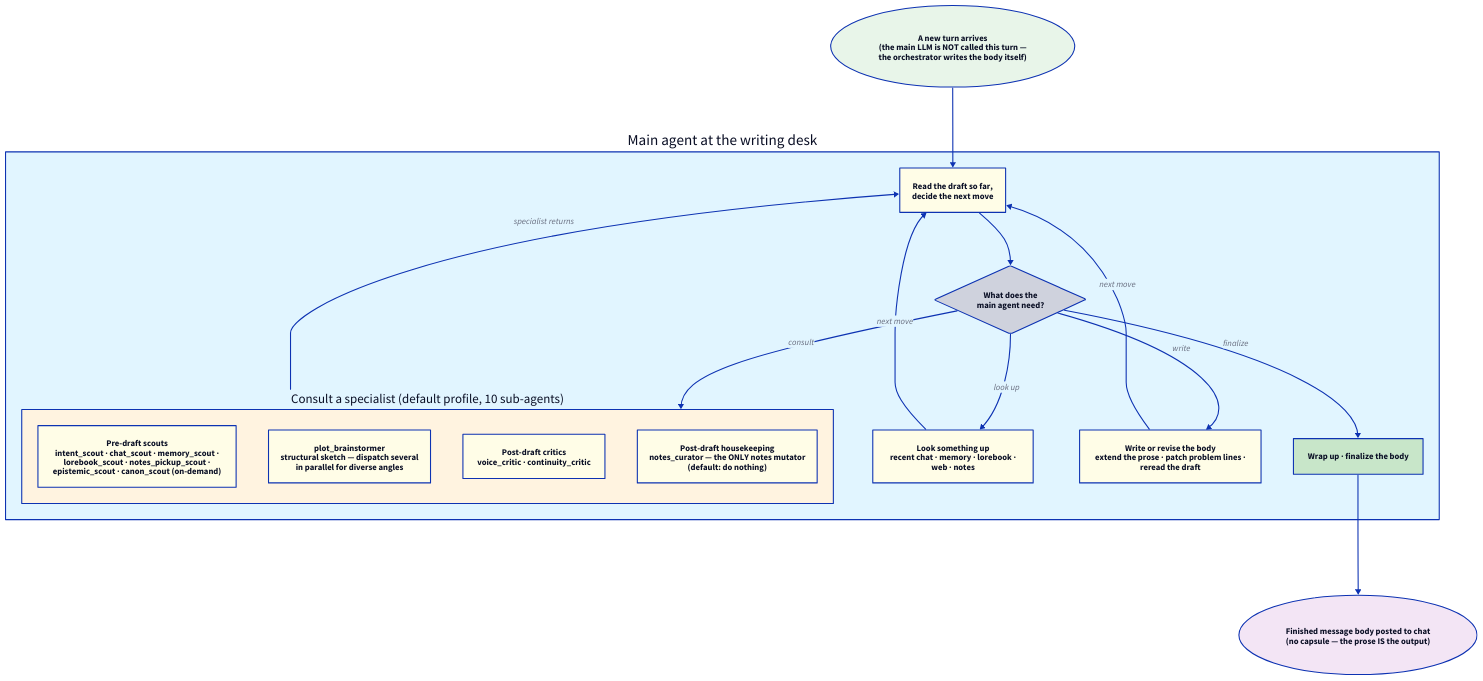
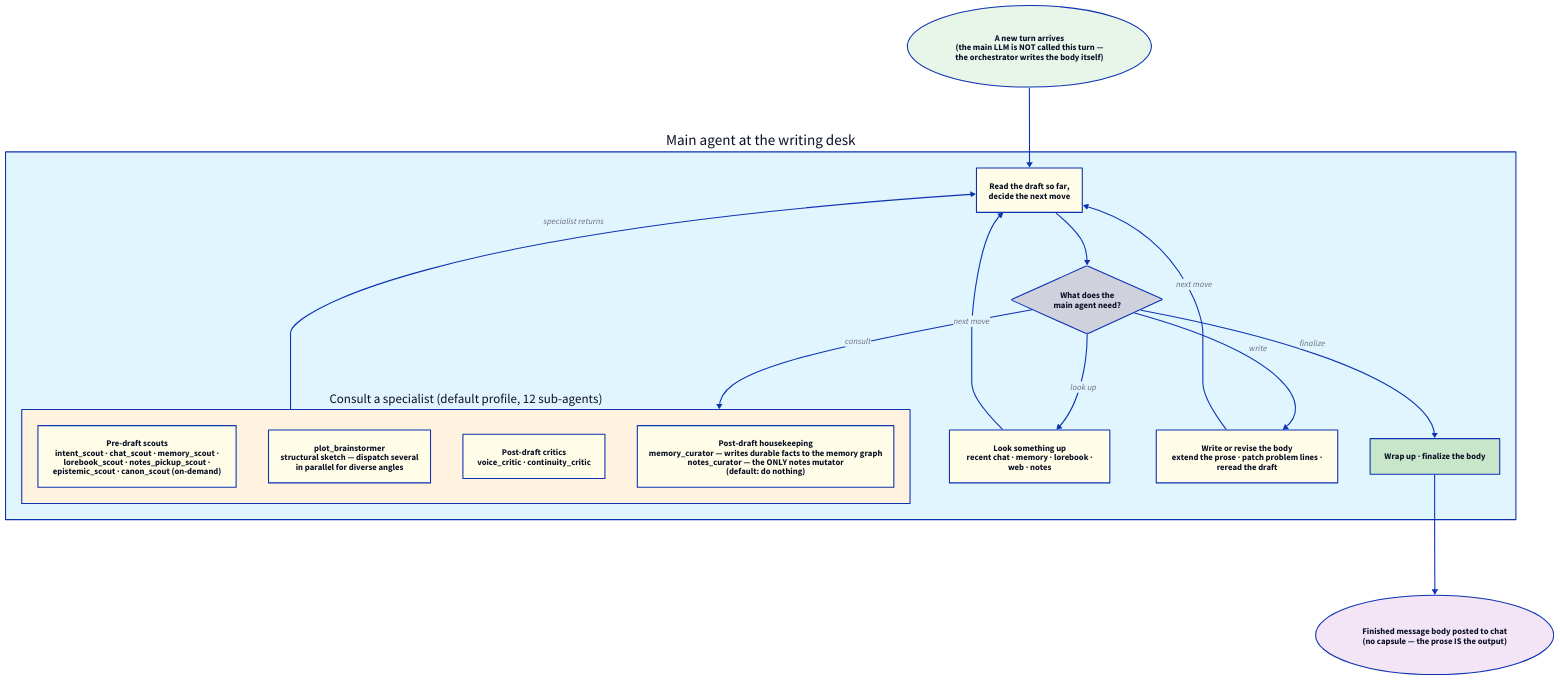
The diagram in docs/features/orchestrator/director.md (funnycups/Luker), drawn with D2 before and after one commit. The commit also changed other lines of this file and 5 other files, not shown here.

````diff
--- a/docs/features/orchestrator/director.md
+++ b/docs/features/orchestrator/director.md
@@ -66,65 +66,65 @@
 ```d2
 direction: down
 
 start: "A new turn arrives\n(the main LLM is NOT called this turn —\nthe orchestrator writes the body itself)" {
   shape: oval
   style.fill: "#e8f5e9"
 }
 
 loop: "Main agent at the writing desk" {
   style.fill: "#e1f5ff"
 
   think: "Read the draft so far,\ndecide the next move" {
     style.fill: "#fffde7"
   }
 
   decide: "What does the\nmain agent need?" {
     shape: diamond
   }
 
-  consult: "Consult a specialist (default profile, 10 sub-agents)" {
+  consult: "Consult a specialist (default profile, 12 sub-agents)" {
     style.fill: "#fff3e0"
     pre: "Pre-draft scouts\nintent_scout · chat_scout · memory_scout ·\nlorebook_scout · notes_pickup_scout ·\nepistemic_scout · canon_scout (on-demand)" {
       style.fill: "#fffde7"
     }
     mid: "plot_brainstormer\nstructural sketch — dispatch several\nin parallel for diverse angles" {
       style.fill: "#fffde7"
     }
     post: "Post-draft critics\nvoice_critic · continuity_critic" {
       style.fill: "#fffde7"
     }
-    housekeeping: "Post-draft housekeeping\nnotes_curator — the ONLY notes mutator\n(default: do nothing)" {
+    housekeeping: "Post-draft housekeeping\nmemory_curator — writes durable facts to the memory graph\nnotes_curator — the ONLY notes mutator\n(default: do nothing)" {
       style.fill: "#fffde7"
     }
   }
 
   research: "Look something up\nrecent chat · memory · lorebook ·\nweb · notes" {
     style.fill: "#fffde7"
   }
 
   write: "Write or revise the body\nextend the prose · patch problem lines ·\nreread the draft" {
     style.fill: "#fffde7"
   }
 
   finalize: "Wrap up · finalize the body" {
     style.fill: "#c8e6c9"
   }
 
   think -> decide
   decide -> consult: "consult"
   decide -> research: "look up"
   decide -> write: "write"
   decide -> finalize: "finalize"
   consult -> think: "specialist returns"
   research -> think: "next move"
   write -> think: "next move"
 }
 
 out: "Finished message body posted to chat\n(no capsule — the prose IS the output)" {
   shape: oval
   style.fill: "#f3e5f5"
 }
 
 start -> loop.think
 loop.finalize -> out
 ```
````
